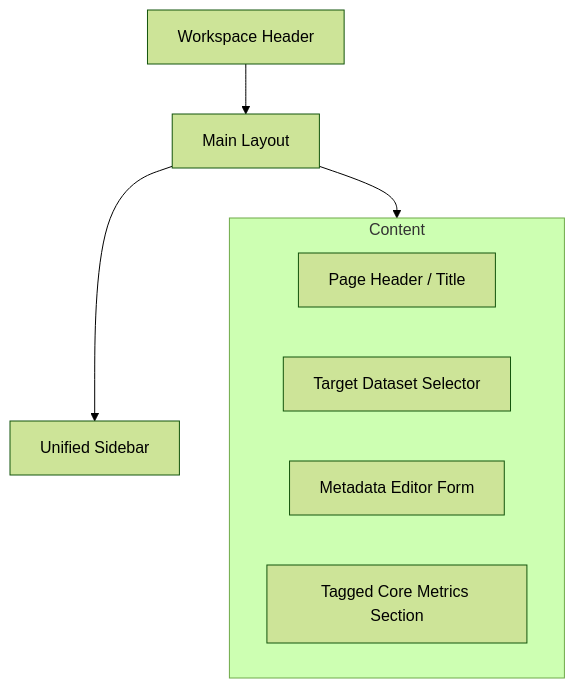
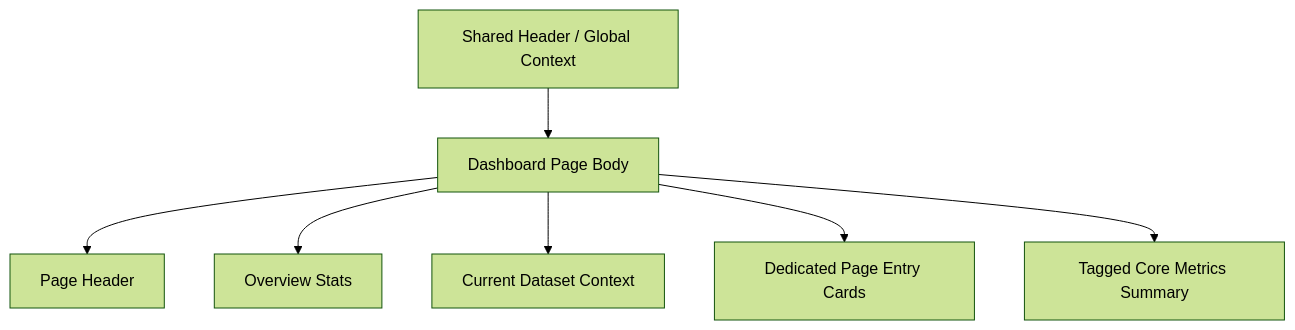
The diagram in docs/reference/app/frontend/workspace/dashboard.md (arfiligol/superconducting-circuits-research-workbench), drawn with Mermaid (forest theme) before and after one commit. The commit also changed other lines of this file and 17 other files, not shown here.

````diff
--- a/docs/reference/app/frontend/workspace/dashboard.md
+++ b/docs/reference/app/frontend/workspace/dashboard.md
@@ -75,13 +65,9 @@
 ```mermaid
 flowchart TD
-    Header[Workspace Header] --> Body[Main Layout]
-    Body --> Sidebar[Unified Sidebar]
-    Body --> Content[Dashboard Main Content]
-    
-    subgraph Content
-        H1[Page Header / Title]
-        Selector[Target Dataset Selector]
-        Form[Metadata Editor Form]
-        Metrics[Tagged Core Metrics Section]
-    end
+    Header["Shared Header / Global Context"] --> Main["Dashboard Page Body"]
+    Main --> H1["Page Header"]
+    Main --> Stats["Overview Stats"]
+    Main --> Context["Current Dataset Context"]
+    Main --> Entry["Dedicated Page Entry Cards"]
+    Main --> Metrics["Tagged Core Metrics Summary"]
 ```
````
